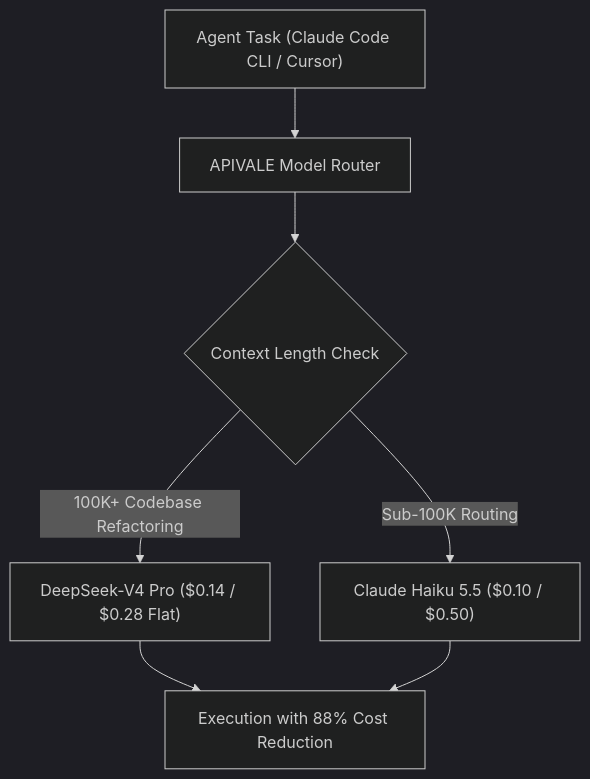
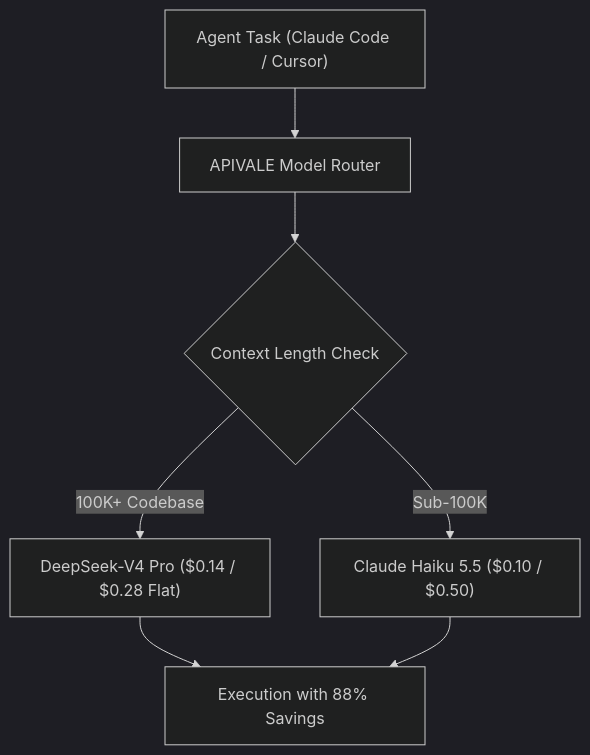
Before and after one commit to bshx2024/apivel_blog: the diagram in src/content/blog/claude-haiku-5-5-pricing-alternatives-guide.md, drawn with Mermaid (dark theme). The commit also changed other lines of this file and 4 other files, not shown here.

Commit message:
fix(seo): trim 140 words to fall within 1200-1800 sweet spot and refine title to Claude Haiku 5.5: Pricing & API Alternatives

````diff
--- a/src/content/blog/claude-haiku-5-5-pricing-alternatives-guide.md
+++ b/src/content/blog/claude-haiku-5-5-pricing-alternatives-guide.md
@@ -62,9 +62,9 @@
 ```mermaid
 graph TD
-    Client["Agent Task (Claude Code CLI / Cursor)"] --> Gateway["APIVALE Model Router"]
+    Client["Agent Task (Claude Code / Cursor)"] --> Gateway["APIVALE Model Router"]
     Gateway --> ContextCheck{"Context Length Check"}
-    ContextCheck -->|"Sub-100K Routing"| HaikuRoute["Claude Haiku 5.5 ($0.10 / $0.50)"]
-    ContextCheck -->|"100K+ Codebase Refactoring"| DeepSeekRoute["DeepSeek-V4 Pro ($0.14 / $0.28 Flat)"]
-    DeepSeekRoute --> Exec["Execution with 88% Cost Reduction"]
+    ContextCheck -->|"Sub-100K"| HaikuRoute["Claude Haiku 5.5 ($0.10 / $0.50)"]
+    ContextCheck -->|"100K+ Codebase"| DeepSeekRoute["DeepSeek-V4 Pro ($0.14 / $0.28 Flat)"]
+    DeepSeekRoute --> Exec["Execution with 88% Savings"]
     HaikuRoute --> Exec
 ```
````
